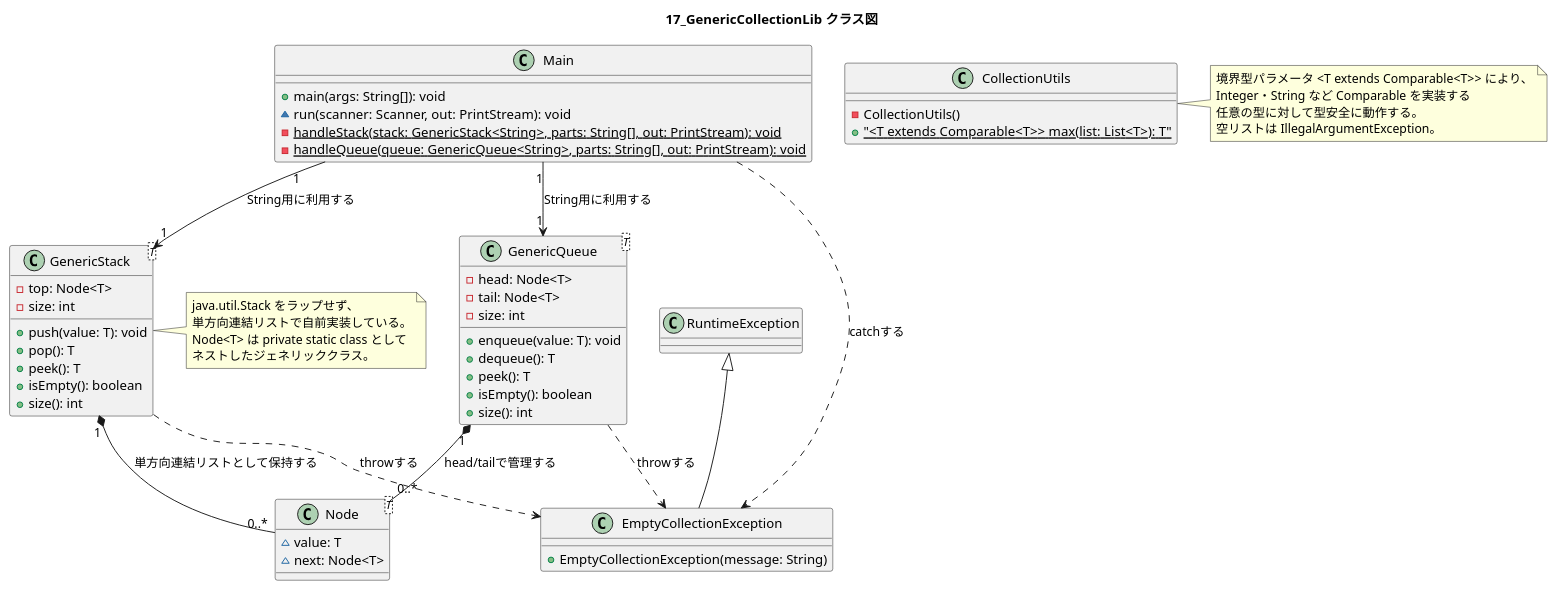
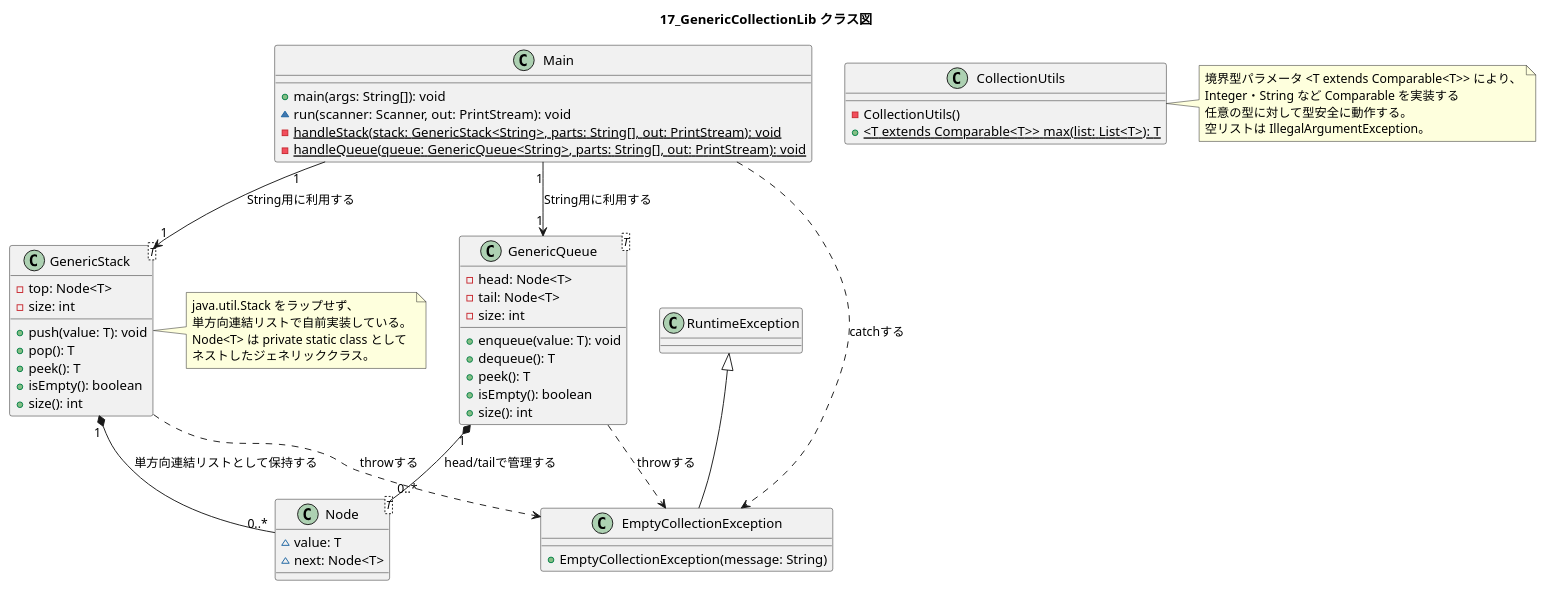
The diagram in docs/design/17_GenericCollectionLib/diagrams/class-diagram.puml (ExperimentalHobby/JavaLearningLab), drawn with PlantUML before and after one commit.

Commit message:
docs: 17_GenericCollectionLibのクラス図から不要なダブルクオートを除去
class-diagram.pumlのCollectionUtils#max表記が"<T extends
Comparable<T>> max(list: List<T>): T"のようにダブルクオートで
囲まれており、PlantUMLのクラスメンバー行では引用符に特別な意味が
ないため、SVG/PDFにダブルクオートがそのまま描画されてしまっていた。
20_SpringBootApiIntroの<< "@Service" >>と同種の問題。

ダブルクオートを外し、PDF再生成でジェネリクスの山括弧が正しく
描画されることを確認した。実装(CollectionUtils.java)は元々正しく、
設計書側の記法の問題だったため実装への変更はない。

Closes #78

```diff
--- a/docs/design/17_GenericCollectionLib/diagrams/class-diagram.puml
+++ b/docs/design/17_GenericCollectionLib/diagrams/class-diagram.puml
@@ -1,70 +1,70 @@
 @startuml class-diagram
 skinparam defaultFontName VL Gothic
 
 title 17_GenericCollectionLib クラス図
 
 class "GenericStack<T>" as GenericStack {
   -top: Node<T>
   -size: int
   +push(value: T): void
   +pop(): T
   +peek(): T
   +isEmpty(): boolean
   +size(): int
 }
 
 class "GenericQueue<T>" as GenericQueue {
   -head: Node<T>
   -tail: Node<T>
   -size: int
   +enqueue(value: T): void
   +dequeue(): T
   +peek(): T
   +isEmpty(): boolean
   +size(): int
 }
 
 class "Node<T>" as Node {
   ~value: T
   ~next: Node<T>
 }
 
 class CollectionUtils {
   -CollectionUtils()
-  +{static} "<T extends Comparable<T>> max(list: List<T>): T"
+  +{static} <T extends Comparable<T>> max(list: List<T>): T
 }
 
 class EmptyCollectionException extends RuntimeException {
   +EmptyCollectionException(message: String)
 }
 
 class Main {
   +main(args: String[]): void
   ~run(scanner: Scanner, out: PrintStream): void
   -{static} handleStack(stack: GenericStack<String>, parts: String[], out: PrintStream): void
   -{static} handleQueue(queue: GenericQueue<String>, parts: String[], out: PrintStream): void
 }
 
 GenericStack "1" *-- "0..*" Node : 単方向連結リストとして保持する
 GenericQueue "1" *-- "0..*" Node : head/tailで管理する
 GenericStack ..> EmptyCollectionException : throwする
 GenericQueue ..> EmptyCollectionException : throwする
 Main "1" --> "1" GenericStack : String用に利用する
 Main "1" --> "1" GenericQueue : String用に利用する
 Main ..> EmptyCollectionException : catchする
 
 note right of GenericStack
   java.util.Stack をラップせず、
   単方向連結リストで自前実装している。
   Node<T> は private static class として
   ネストしたジェネリッククラス。
 end note
 
 note right of CollectionUtils
   境界型パラメータ <T extends Comparable<T>> により、
   Integer・String など Comparable を実装する
   任意の型に対して型安全に動作する。
   空リストは IllegalArgumentException。
 end note
 
 @enduml
```
